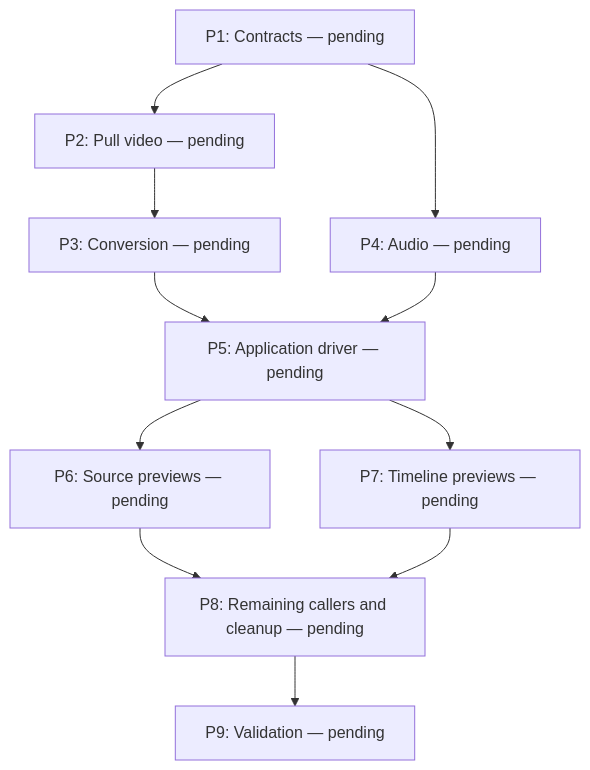
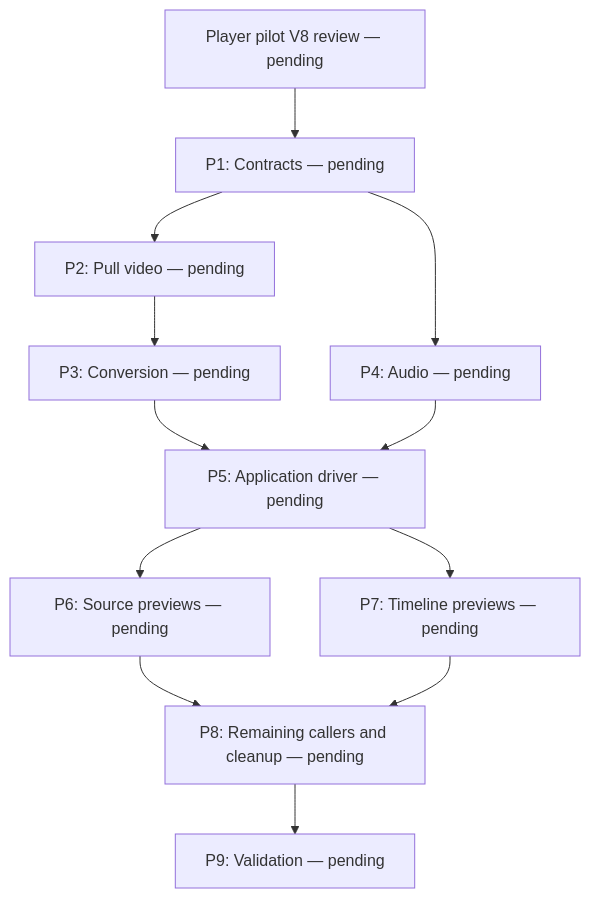
One commit to waterblower/opencut changed the diagram in pull-playback-refactor-plan.md. Above: the diagram before and after it, drawn with Mermaid. The commit also changed other lines of this file and 9 other files, not shown here.

````diff
--- a/pull-playback-refactor-plan.md
+++ b/pull-playback-refactor-plan.md
@@ -290,13 +278,14 @@
 ```mermaid
 graph TD
+    V8["Player pilot V8 review — pending"] --> P1
     P1["P1: Contracts — pending"] --> P2["P2: Pull video — pending"]
     P1 --> P4["P4: Audio — pending"]
     P2 --> P3["P3: Conversion — pending"]
     P3 --> P5["P5: Application driver — pending"]
     P4 --> P5
     P5 --> P6["P6: Source previews — pending"]
     P5 --> P7["P7: Timeline previews — pending"]
     P6 --> P8["P8: Remaining callers and cleanup — pending"]
     P7 --> P8
     P8 --> P9["P9: Validation — pending"]
 ```
````
